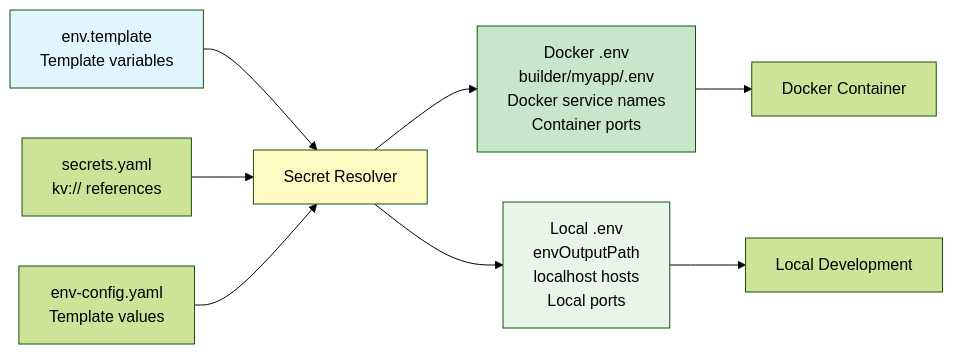
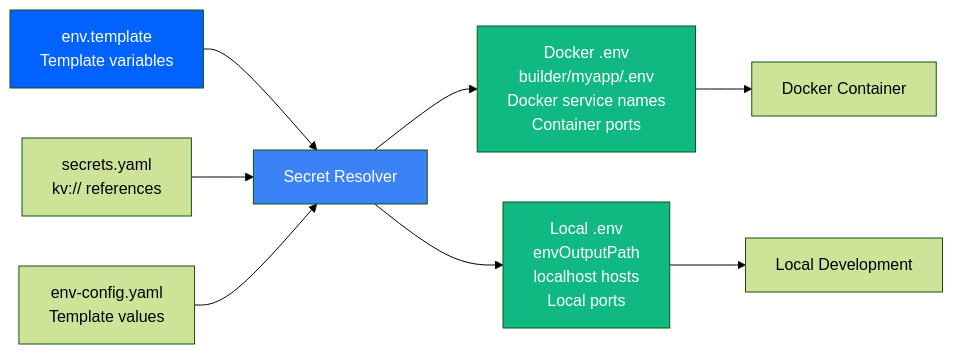
The third of 3 diagrams in docs/BUILDING.md (esystemsdev/aifabrix-builder), drawn with Mermaid (forest theme) before and after one commit. The commit also changed other lines of this file and 9 other files, not shown here.

````diff
--- a/docs/BUILDING.md
+++ b/docs/BUILDING.md
@@ -289,17 +289,17 @@
 ```mermaid
 flowchart LR
     EnvTemplate[env.template<br/>Template variables] --> Resolver[Secret Resolver]
     Secrets[secrets.yaml<br/>kv:// references] --> Resolver
     EnvConfig[env-config.yaml<br/>Template values] --> Resolver
     
     Resolver --> DockerEnv[Docker .env<br/>builder/myapp/.env<br/>Docker service names<br/>Container ports]
     Resolver --> LocalEnv[Local .env<br/>envOutputPath<br/>localhost hosts<br/>Local ports]
     
     DockerEnv --> DockerContainer[Docker Container]
     LocalEnv --> LocalDev[Local Development]
     
-    style EnvTemplate fill:#e1f5ff
-    style Resolver fill:#fff9c4
-    style DockerEnv fill:#c8e6c9
-    style LocalEnv fill:#e8f5e9
+    style EnvTemplate fill:#0062FF,color:#FFFFFF
+    style Resolver fill:#3B82F6,color:#FFFFFF
+    style DockerEnv fill:#10B981,color:#FFFFFF
+    style LocalEnv fill:#10B981,color:#FFFFFF
 ```
````
